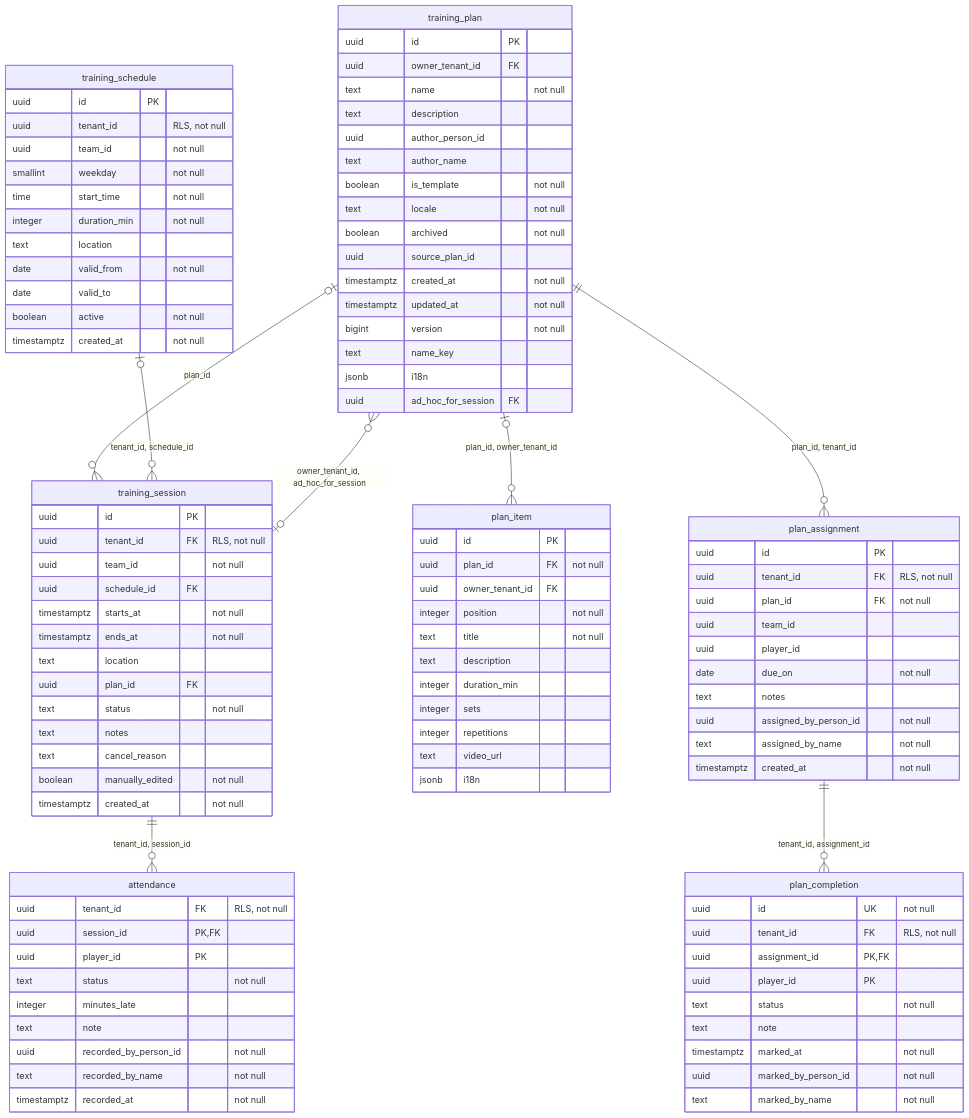
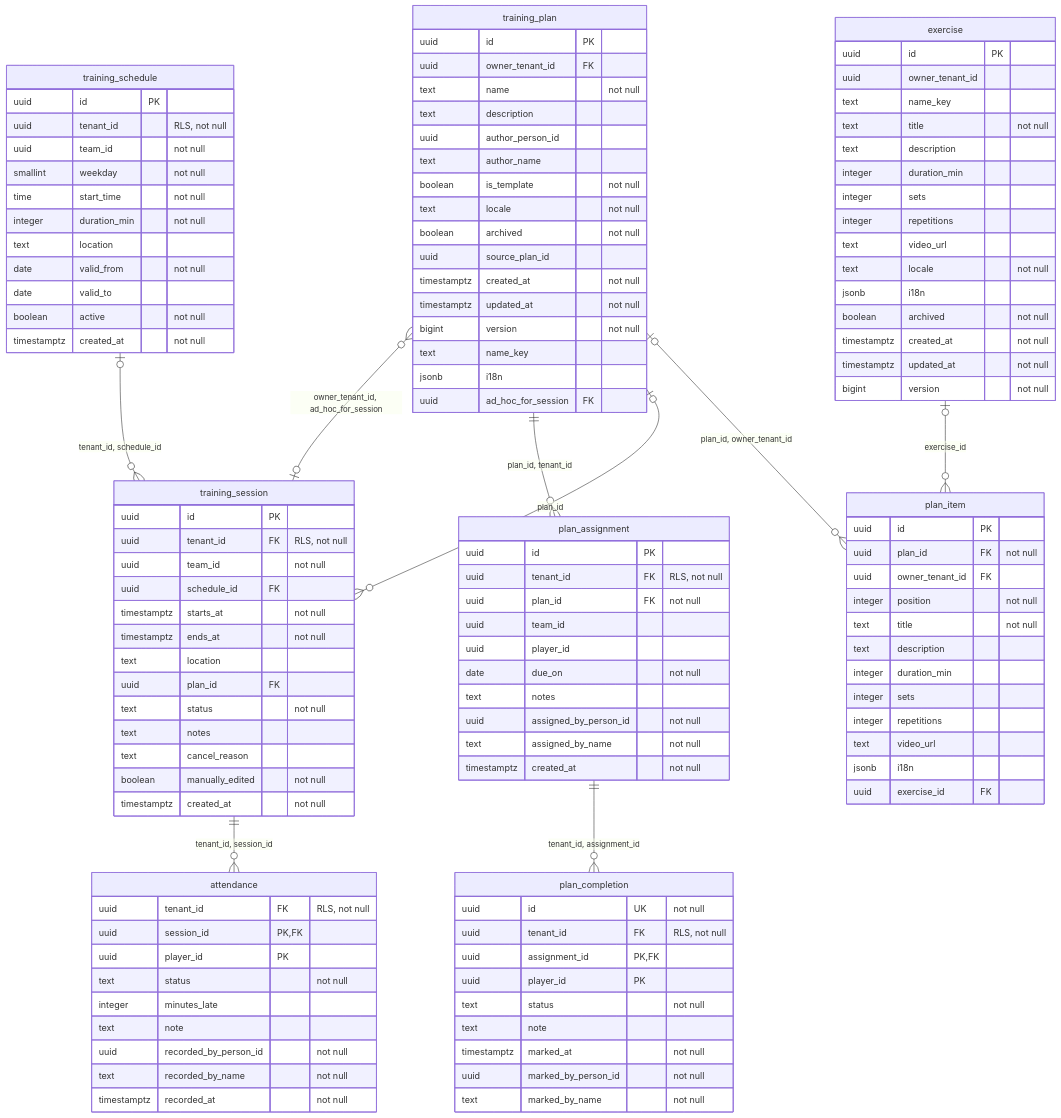
Before and after one commit to davidbejar/hoops-academy: the first of 13 diagrams in docs/domain/athlete-model.md, drawn with Mermaid. The commit also changed other lines of this file and 1 other file, not shown here.

Commit message:
docs(domain): model diagrams regenerated on the combined tree (WP91, WP92)

```diff
--- a/docs/domain/athlete-model.md
+++ b/docs/domain/athlete-model.md
@@ -28,6 +28,23 @@
         uuid recorded_by_person_id "not null"
         text recorded_by_name "not null"
         timestamptz recorded_at "not null"
+    }
+    exercise {
+        uuid id PK
+        uuid owner_tenant_id
+        text name_key
+        text title "not null"
+        text description
+        integer duration_min
+        integer sets
+        integer repetitions
+        text video_url
+        text locale "not null"
+        jsonb i18n
+        boolean archived "not null"
+        timestamptz created_at "not null"
+        timestamptz updated_at "not null"
+        bigint version "not null"
     }
     plan_assignment {
         uuid id PK
@@ -64,6 +81,7 @@
         integer repetitions
         text video_url
         jsonb i18n
+        uuid exercise_id FK
     }
     training_plan {
         uuid id PK
@@ -111,6 +129,7 @@
         boolean manually_edited "not null"
         timestamptz created_at "not null"
     }
+    exercise |o--o{ plan_item : "exercise_id"
     plan_assignment ||--o{ plan_completion : "tenant_id, assignment_id"
     training_plan |o--o{ plan_item : "plan_id, owner_tenant_id"
     training_plan |o--o{ training_session : "plan_id"
```
